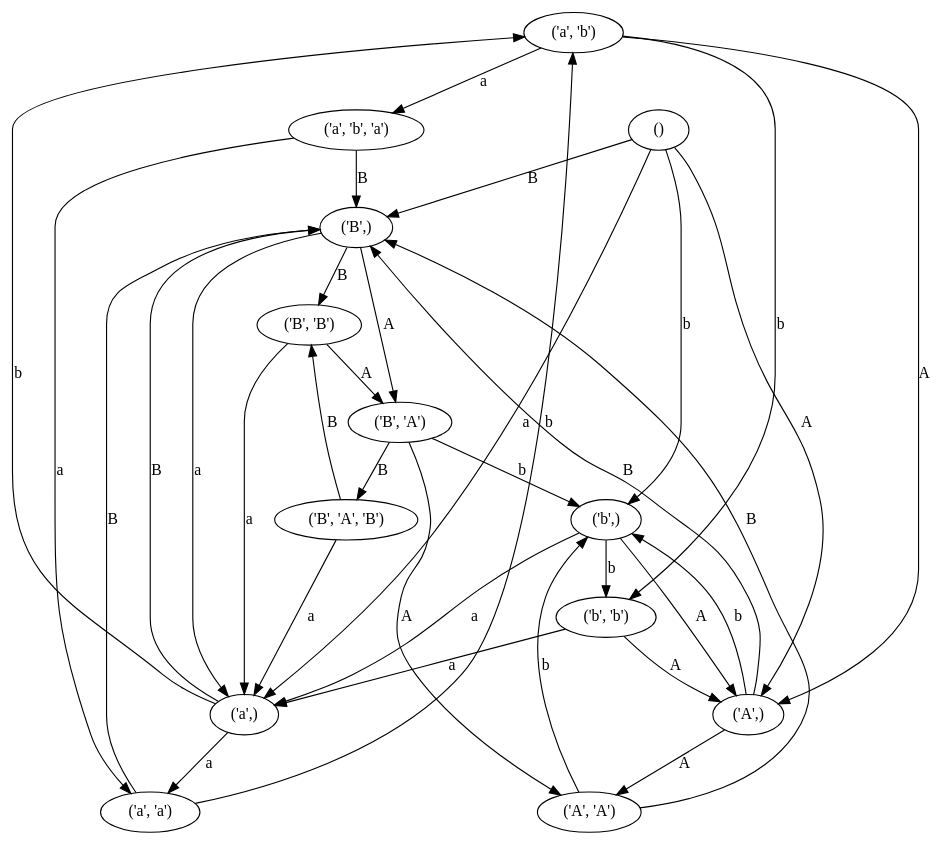
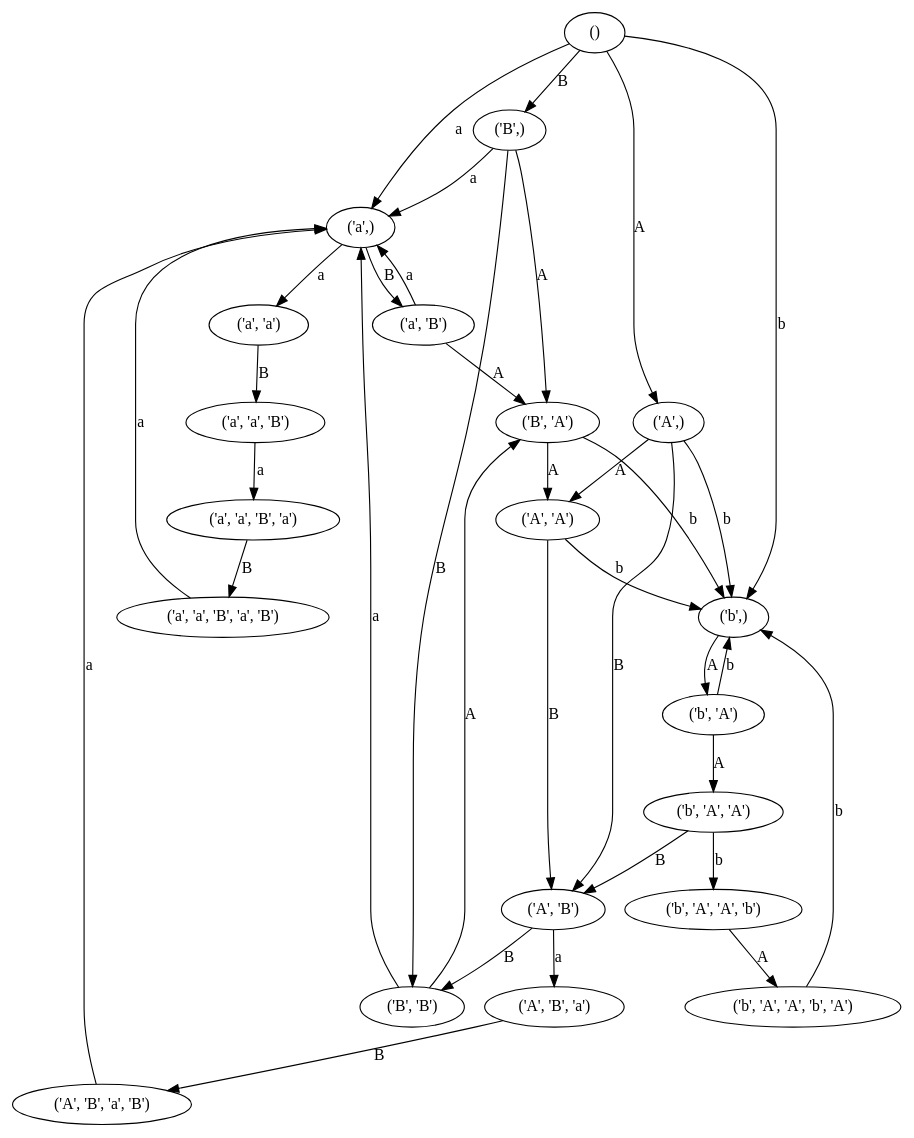
One commit to dmishin/knuth_bendix changed the diagram in wd.dot. Above: the diagram before and after it, drawn with Graphviz. The commit also changed 2 other files, not shown here.

```diff
--- a/wd.dot
+++ b/wd.dot
@@ -1,49 +1,57 @@
 digraph{
-  "('a', 'b')";
-  "('B', 'A', 'B')";
+  "('B',)";
+  "('a', 'a', 'B', 'a', 'B')";
+  "('a', 'a')";
+  "('b', 'A', 'A')";
+  "('A', 'B')";
+  "('A', 'B', 'a', 'B')";
+  "('a',)";
+  "('a', 'a', 'B')";
   "('b',)";
+  "('B', 'A')";
+  "('A', 'B', 'a')";
+  "('a', 'B')";
+  "('a', 'a', 'B', 'a')";
+  "()";
+  "('b', 'A')";
+  "('B', 'B')";
+  "('b', 'A', 'A', 'b', 'A')";
+  "('b', 'A', 'A', 'b')";
+  "('A',)";
   "('A', 'A')";
-  "('a', 'b', 'a')";
-  "('b', 'b')";
-  "('B', 'B')";
-  "('B', 'A')";
-  "('B',)";
-  "()";
-  "('A',)";
-  "('a', 'a')";
-  "('a',)";
-  "('a', 'b')" -> "('A',)" [label="A"];
-  "('a', 'b')" -> "('a', 'b', 'a')" [label="a"];
-  "('a', 'b')" -> "('b', 'b')" [label="b"];
-  "('B', 'A', 'B')" -> "('a',)" [label="a"];
-  "('B', 'A', 'B')" -> "('B', 'B')" [label="B"];
-  "('b',)" -> "('A',)" [label="A"];
-  "('b',)" -> "('a',)" [label="a"];
-  "('b',)" -> "('b', 'b')" [label="b"];
-  "('A', 'A')" -> "('B',)" [label="B"];
-  "('A', 'A')" -> "('b',)" [label="b"];
-  "('a', 'b', 'a')" -> "('a', 'a')" [label="a"];
-  "('a', 'b', 'a')" -> "('B',)" [label="B"];
-  "('b', 'b')" -> "('A',)" [label="A"];
-  "('b', 'b')" -> "('a',)" [label="a"];
-  "('B', 'B')" -> "('B', 'A')" [label="A"];
-  "('B', 'B')" -> "('a',)" [label="a"];
-  "('B', 'A')" -> "('B', 'A', 'B')" [label="B"];
+  "('B',)" -> "('a',)" [label="a"];
+  "('B',)" -> "('B', 'B')" [label="B"];
+  "('B',)" -> "('B', 'A')" [label="A"];
+  "('a', 'a', 'B', 'a', 'B')" -> "('a',)" [label="a"];
+  "('a', 'a')" -> "('a', 'a', 'B')" [label="B"];
+  "('b', 'A', 'A')" -> "('A', 'B')" [label="B"];
+  "('b', 'A', 'A')" -> "('b', 'A', 'A', 'b')" [label="b"];
+  "('A', 'B')" -> "('A', 'B', 'a')" [label="a"];
+  "('A', 'B')" -> "('B', 'B')" [label="B"];
+  "('A', 'B', 'a', 'B')" -> "('a',)" [label="a"];
+  "('a',)" -> "('a', 'a')" [label="a"];
+  "('a',)" -> "('a', 'B')" [label="B"];
+  "('a', 'a', 'B')" -> "('a', 'a', 'B', 'a')" [label="a"];
+  "('b',)" -> "('b', 'A')" [label="A"];
   "('B', 'A')" -> "('A', 'A')" [label="A"];
   "('B', 'A')" -> "('b',)" [label="b"];
-  "('B',)" -> "('B', 'A')" [label="A"];
-  "('B',)" -> "('a',)" [label="a"];
-  "('B',)" -> "('B', 'B')" [label="B"];
-  "()" -> "('A',)" [label="A"];
+  "('A', 'B', 'a')" -> "('A', 'B', 'a', 'B')" [label="B"];
+  "('a', 'B')" -> "('a',)" [label="a"];
+  "('a', 'B')" -> "('B', 'A')" [label="A"];
+  "('a', 'a', 'B', 'a')" -> "('a', 'a', 'B', 'a', 'B')" [label="B"];
   "()" -> "('B',)" [label="B"];
   "()" -> "('a',)" [label="a"];
   "()" -> "('b',)" [label="b"];
-  "('A',)" -> "('B',)" [label="B"];
+  "()" -> "('A',)" [label="A"];
+  "('b', 'A')" -> "('b', 'A', 'A')" [label="A"];
+  "('b', 'A')" -> "('b',)" [label="b"];
+  "('B', 'B')" -> "('a',)" [label="a"];
+  "('B', 'B')" -> "('B', 'A')" [label="A"];
+  "('b', 'A', 'A', 'b', 'A')" -> "('b',)" [label="b"];
+  "('b', 'A', 'A', 'b')" -> "('b', 'A', 'A', 'b', 'A')" [label="A"];
   "('A',)" -> "('A', 'A')" [label="A"];
   "('A',)" -> "('b',)" [label="b"];
-  "('a', 'a')" -> "('B',)" [label="B"];
-  "('a', 'a')" -> "('a', 'b')" [label="b"];
-  "('a',)" -> "('B',)" [label="B"];
-  "('a',)" -> "('a', 'a')" [label="a"];
-  "('a',)" -> "('a', 'b')" [label="b"];
+  "('A',)" -> "('A', 'B')" [label="B"];
+  "('A', 'A')" -> "('A', 'B')" [label="B"];
+  "('A', 'A')" -> "('b',)" [label="b"];
 }
```
